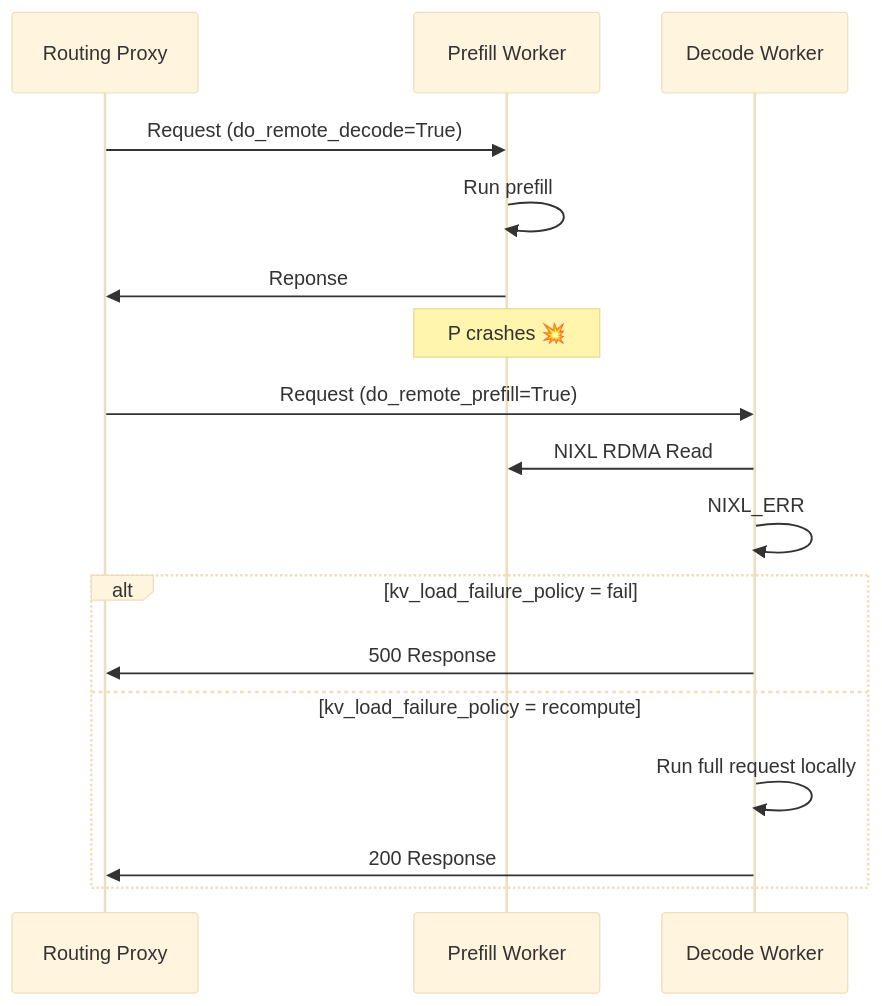
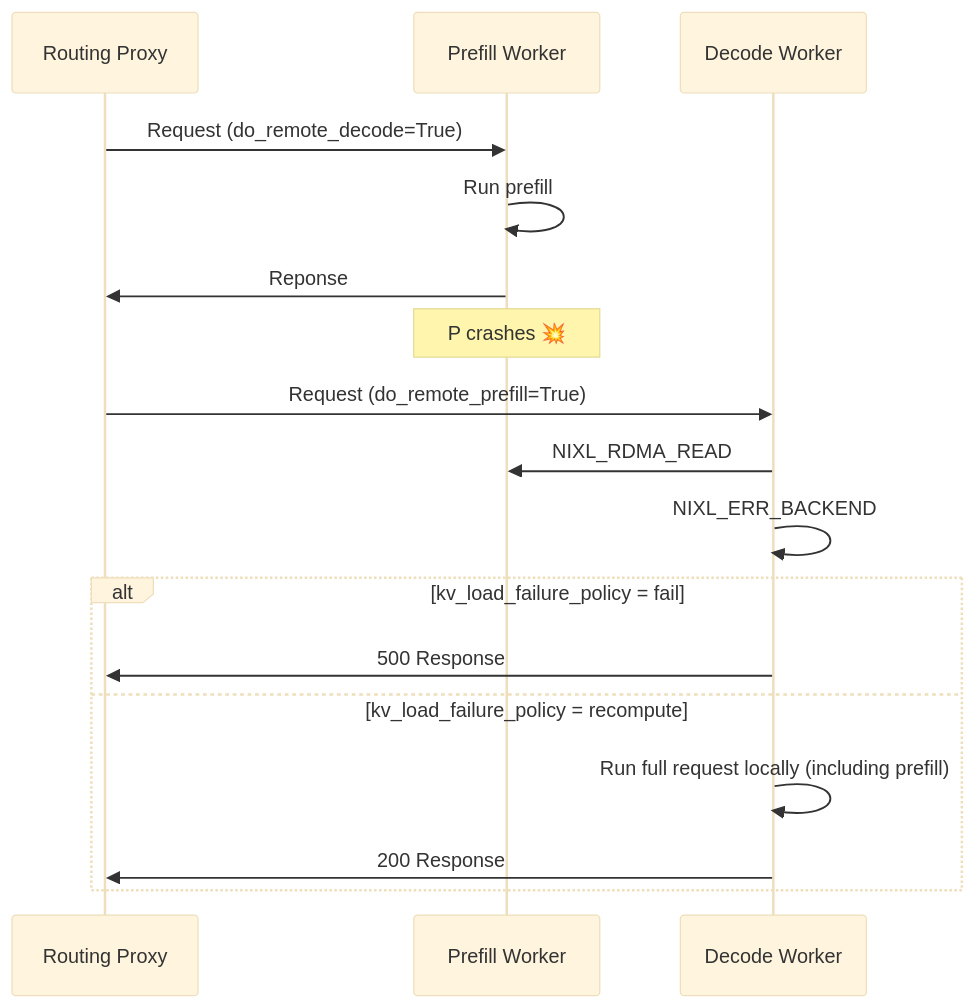
The third of 4 diagrams in docs/wip-docs-new/architecture/advanced/disaggregation/operations-vllm.md (llm-d/llm-d), drawn with Mermaid (base theme) before and after one commit. The commit also changed other lines of this file and 1 other file, not shown here.

````diff
--- a/docs/wip-docs-new/architecture/advanced/disaggregation/operations-vllm.md
+++ b/docs/wip-docs-new/architecture/advanced/disaggregation/operations-vllm.md
@@ -75,23 +96,23 @@
 ```mermaid
 sequenceDiagram
     participant R as Routing Proxy
     participant P as Prefill Worker
     participant D as Decode Worker
 
     R->>P: Request (do_remote_decode=True)
     P->>P: Run prefill
     P->>R: Reponse
 
     note over P: P crashes 💥
 
     R->>D: Request (do_remote_prefill=True)
-    D->>P: NIXL RDMA Read 
-    D->>D: NIXL_ERR
+    D->>P: NIXL_RDMA_READ
+    D->>D: NIXL_ERR_BACKEND
 
     alt kv_load_failure_policy = fail
         D->>R: 500 Response
     else kv_load_failure_policy = recompute
-        D->>D: Run full request locally
+        D->>D: Run full request locally (including prefill)
         D->>R: 200 Response
     end
 ```
````
